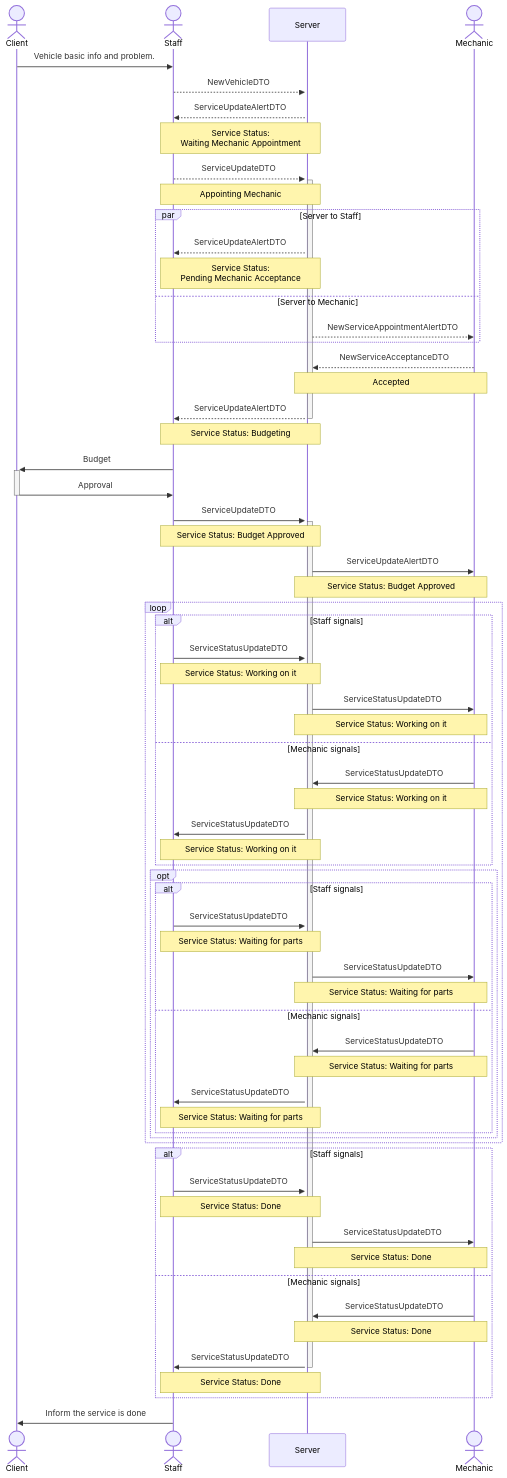
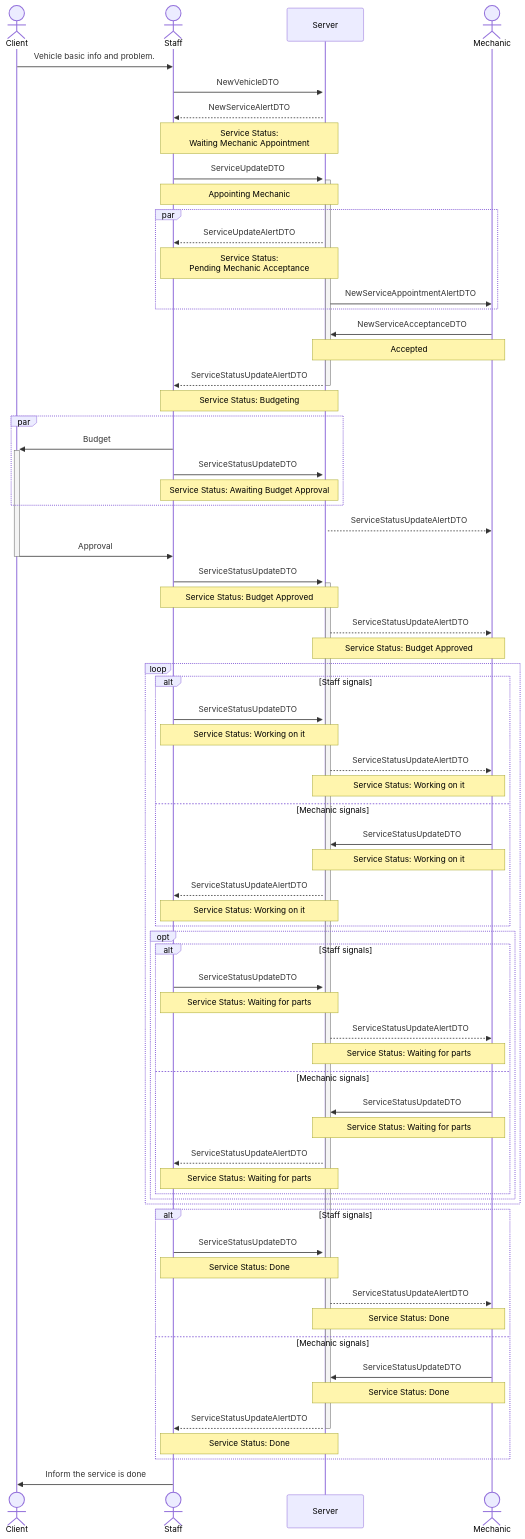
One commit to Gabriel-FC-Comp/workshop-car-management-app changed the second of 6 diagrams in docs/flow-planning.md. Above: the diagram before and after it, drawn with Mermaid. The commit also changed other lines of this file, not shown here.

Commit message:
docs(planning): add new flows + update existing flows

````diff
--- a/docs/flow-planning.md
+++ b/docs/flow-planning.md
@@ -72,75 +71,81 @@
 ```mermaid
 sequenceDiagram
     actor Client
     actor Staff
     participant Server
     actor Mechanic
 
     Client->>Staff: Vehicle basic info and problem.
-    Staff-->>+Server: NewVehicleDTO
-    Server -->>Staff: ServiceUpdateAlertDTO
+    Staff->>+Server: NewVehicleDTO
+    Server -->>Staff: NewServiceAlertDTO
     Note over Server, Staff: Service Status:<br/>Waiting Mechanic Appointment 
 
-    Staff-->>+Server: ServiceUpdateDTO
+    Staff->>+Server: ServiceUpdateDTO
     Note over Staff, Server: Appointing Mechanic
-    par Server to Staff
+    par
         Server -->>Staff: ServiceUpdateAlertDTO
         Note over Server, Staff: Service Status:<br/>Pending Mechanic Acceptance
-    and Server to Mechanic
-        Server-->>Mechanic: NewServiceAppointmentAlertDTO
+        Server->>Mechanic: NewServiceAppointmentAlertDTO
     end
     
-    Mechanic-->>Server: NewServiceAcceptanceDTO
+    Mechanic->>Server: NewServiceAcceptanceDTO
     Note over Mechanic, Server: Accepted
-    Server -->>-Staff: ServiceUpdateAlertDTO 
+    Server -->>-Staff: ServiceStatusUpdateAlertDTO 
     Note over Server, Staff: Service Status: Budgeting
-    Staff ->> +Client: Budget
+
+    par
+        Staff ->> +Client: Budget
+        Staff ->> Server: ServiceStatusUpdateDTO
+        Note over Staff, Server: Service Status: Awaiting Budget Approval
+    end
+    Server -->> Mechanic: ServiceStatusUpdateAlertDTO
+
     Client ->> -Staff: Approval
-    Staff ->> +Server: ServiceUpdateDTO
+    Staff ->> +Server: ServiceStatusUpdateDTO
     Note over Staff, Server: Service Status: Budget Approved
-    Server ->> Mechanic: ServiceUpdateAlertDTO
+    Server -->> Mechanic: ServiceStatusUpdateAlertDTO
     Note over Server, Mechanic: Service Status: Budget Approved
 
     loop
         alt Staff signals
             Staff ->> Server: ServiceStatusUpdateDTO
             Note over Staff, Server: Service Status: Working on it
-            Server ->> Mechanic: ServiceStatusUpdateDTO
+            Server -->> Mechanic: ServiceStatusUpdateAlertDTO
             Note over Server, Mechanic: Service Status: Working on it
         else Mechanic signals
             Mechanic ->> Server: ServiceStatusUpdateDTO
             Note over Mechanic, Server: Service Status: Working on it
-            Server ->> Staff: ServiceStatusUpdateDTO
+            Server -->> Staff: ServiceStatusUpdateAlertDTO
             Note over Server, Staff: Service Status: Working on it
         end
 
         opt
             alt Staff signals
                 Staff ->> Server: ServiceStatusUpdateDTO
                 Note over Staff, Server: Service Status: Waiting for parts
-                Server ->> Mechanic: ServiceStatusUpdateDTO
+                Server -->> Mechanic: ServiceStatusUpdateAlertDTO
                 Note over Server, Mechanic: Service Status: Waiting for parts
             else Mechanic signals
                 Mechanic ->> Server: ServiceStatusUpdateDTO
                 Note over Mechanic, Server: Service Status: Waiting for parts
-                Server ->> Staff: ServiceStatusUpdateDTO
+                Server -->> Staff: ServiceStatusUpdateAlertDTO
                 Note over Server, Staff: Service Status: Waiting for parts
             end
         end
     end
 
 
     alt Staff signals
         Staff ->> Server: ServiceStatusUpdateDTO
         Note over Staff, Server: Service Status: Done
-        Server ->> Mechanic: ServiceStatusUpdateDTO
+        Server -->> Mechanic: ServiceStatusUpdateAlertDTO
         Note over Server, Mechanic: Service Status: Done
     else Mechanic signals
         Mechanic ->> Server: ServiceStatusUpdateDTO
         Note over Mechanic, Server: Service Status: Done
-        Server ->> -Staff: ServiceStatusUpdateDTO
+        Server -->> -Staff: ServiceStatusUpdateAlertDTO
         Note over Server, Staff: Service Status: Done
     end
     
     Staff ->> Client: Inform the service is done 
 ```
````
